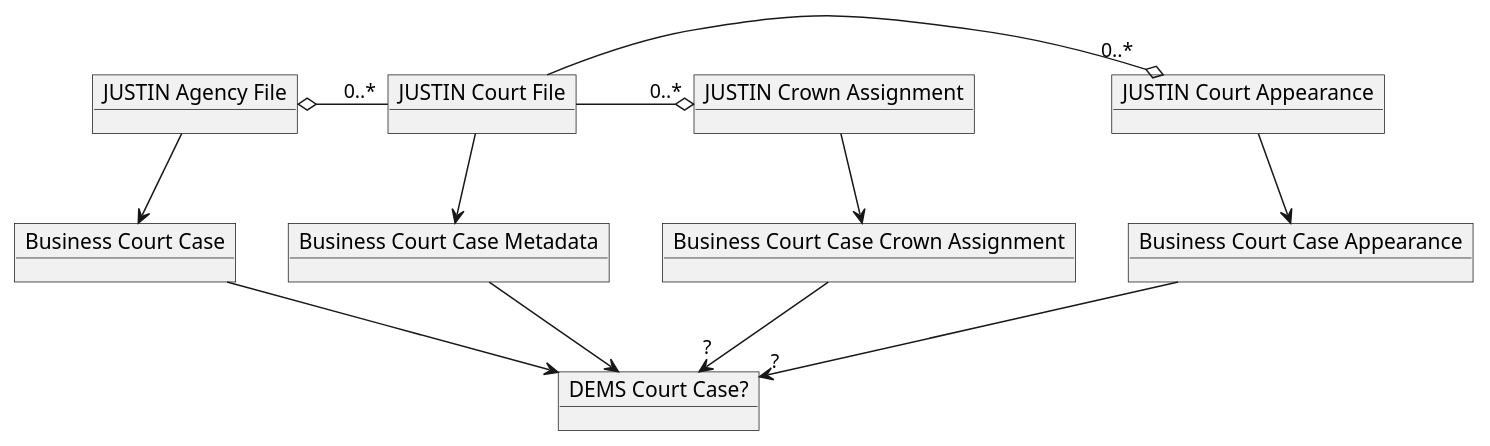
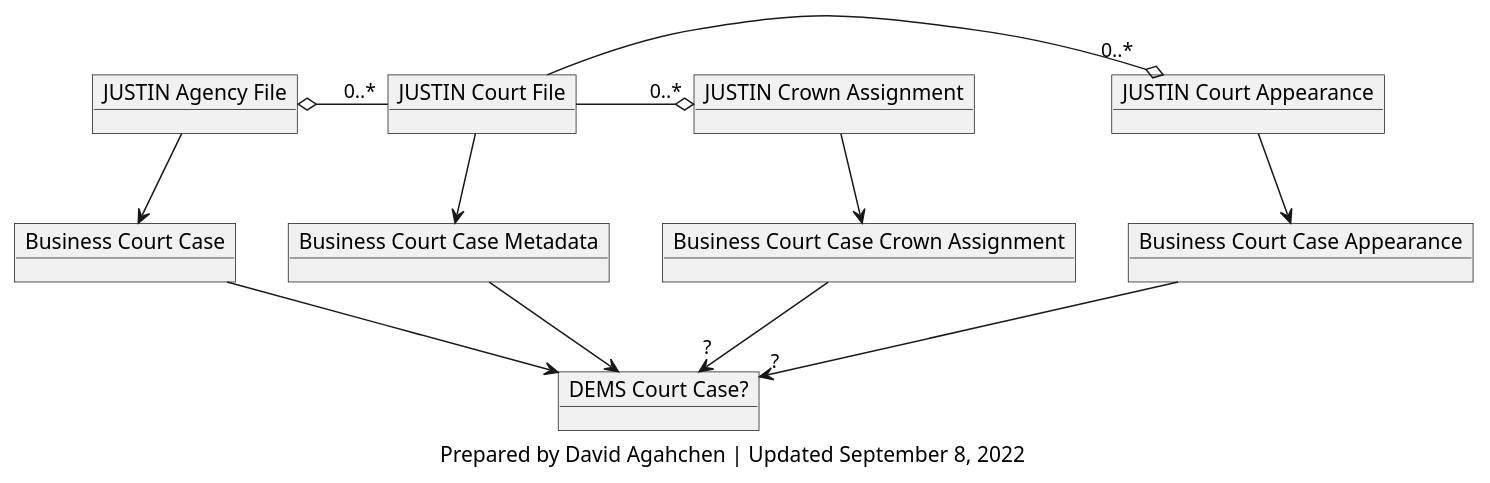
Before and after one commit to bcgov/jpss-jade-ccm: the diagram in img/src/ccm_business_objects.plantuml, drawn with PlantUML. The commit also changed 2 other files, not shown here.

```diff
--- a/img/src/ccm_business_objects.plantuml
+++ b/img/src/ccm_business_objects.plantuml
@@ -1,25 +1,29 @@
 @startuml ccm_business_objects
 
 object "JUSTIN Agency File" as justin_agency_file
 object "JUSTIN Court File" as justin_court_file
 object "JUSTIN Crown Assignment" as justin_crown_assignment
 object "JUSTIN Court Appearance" as justin_appearance
 object "Business Court Case" as business_court_case
 object "Business Court Case Metadata" as business_court_case_metadata
 object "Business Court Case Appearance" as business_court_case_appearance
 object "Business Court Case Crown Assignment" as business_court_case_crown_assignment
 object "DEMS Court Case?" as dems_court_case
 
 justin_agency_file o- "0..*"  justin_court_file
 justin_court_file -o "0..*" justin_appearance
 justin_court_file -o "0..*" justin_crown_assignment
 justin_agency_file --> business_court_case
 justin_court_file --> business_court_case_metadata
 justin_crown_assignment --> business_court_case_crown_assignment
 justin_appearance --> business_court_case_appearance
 business_court_case --> dems_court_case
 business_court_case_metadata --> dems_court_case
 business_court_case_appearance --> "?" dems_court_case
 business_court_case_crown_assignment --> "?" dems_court_case
 
+caption
+Prepared by David Agahchen | Updated September 8, 2022
+end caption
+
 @enduml
```
